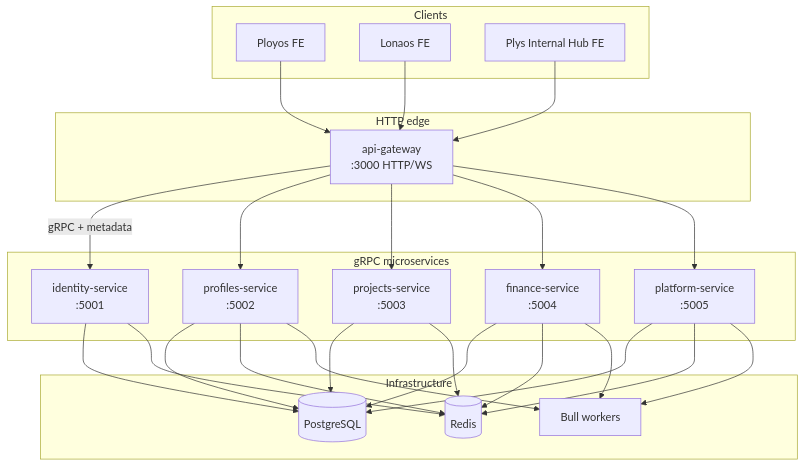
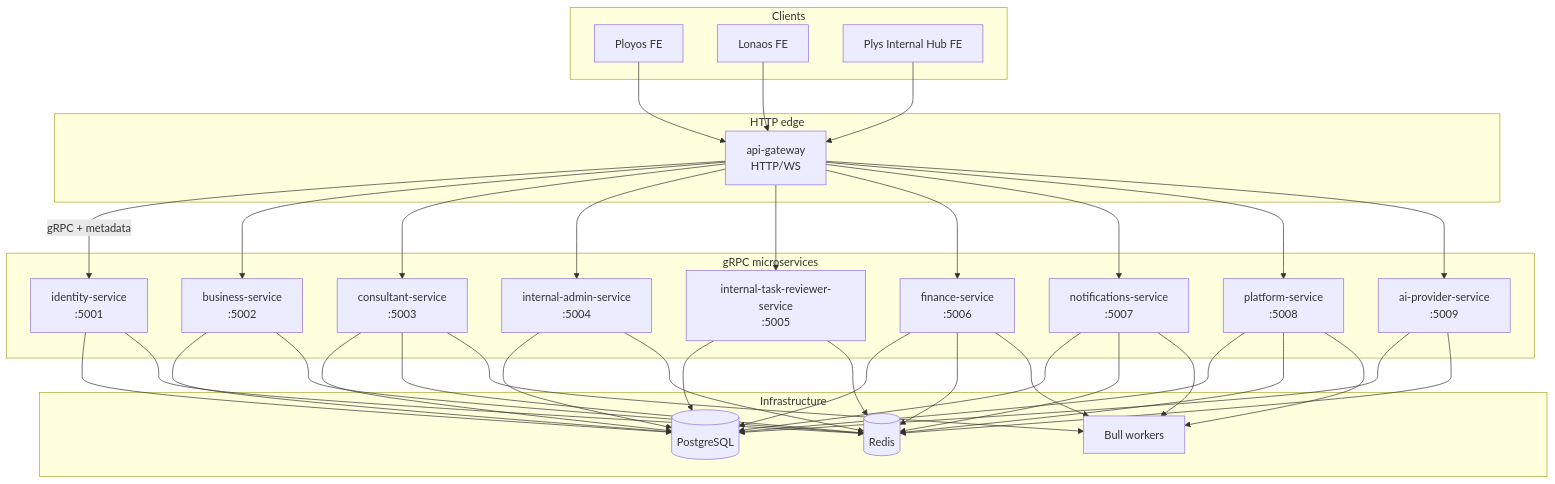
Before and after one commit to PLYS-NETWORK/plys-internal-hub-service-api: the first of 2 diagrams in docs/architecture/system-architecture.md, drawn with Mermaid. The commit also changed other lines of this file and 1610 other files, not shown here.

````diff
--- a/docs/architecture/system-architecture.md
+++ b/docs/architecture/system-architecture.md
@@ -26,48 +32,65 @@
 ```mermaid
 flowchart TB
   subgraph clients [Clients]
     Ployos[Ployos FE]
     Lonaos[Lonaos FE]
     InternalHub[Plys Internal Hub FE]
   end
 
   subgraph edge [HTTP edge]
-    GW[api-gateway<br/>:3000 HTTP/WS]
+    GW[api-gateway<br/>HTTP/WS]
   end
 
   subgraph grpc [gRPC microservices]
     ID[identity-service<br/>:5001]
-    PR[profiles-service<br/>:5002]
-    PJ[projects-service<br/>:5003]
-    FN[finance-service<br/>:5004]
-    PL[platform-service<br/>:5005]
+    BS[business-service<br/>:5002]
+    CS[consultant-service<br/>:5003]
+    IA[internal-admin-service<br/>:5004]
+    TR[internal-task-reviewer-service<br/>:5005]
+    FN[finance-service<br/>:5006]
+    NT[notifications-service<br/>:5007]
+    PL[platform-service<br/>:5008]
+    AI[ai-provider-service<br/>:5009]
   end
 
   subgraph infra [Infrastructure]
     PG[(PostgreSQL)]
     RD[(Redis)]
     BL[Bull workers]
   end
 
   Ployos --> GW
   Lonaos --> GW
   InternalHub --> GW
   GW -->|"gRPC + metadata"| ID
-  GW --> PR
-  GW --> PJ
+  GW --> BS
+  GW --> CS
+  GW --> IA
+  GW --> TR
   GW --> FN
+  GW --> NT
   GW --> PL
+  GW --> AI
   ID --> PG
-  PR --> PG
-  PJ --> PG
+  BS --> PG
+  CS --> PG
+  IA --> PG
+  TR --> PG
   FN --> PG
+  NT --> PG
   PL --> PG
+  AI --> PG
   ID --> RD
-  PR --> RD
-  PJ --> RD
+  BS --> RD
+  CS --> RD
+  IA --> RD
+  TR --> RD
   FN --> RD
+  NT --> RD
   PL --> RD
+  AI --> RD
   FN --> BL
+  NT --> BL
+  CS --> BL
   PL --> BL
-  PR --> BL
 ```
````
